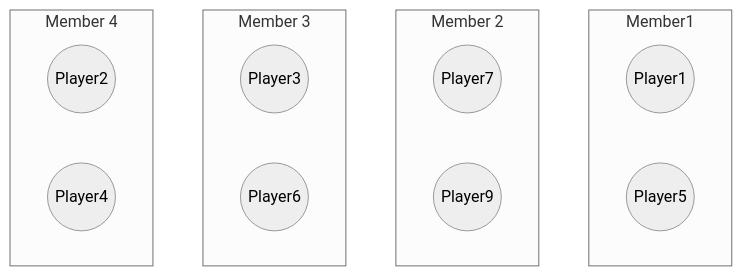
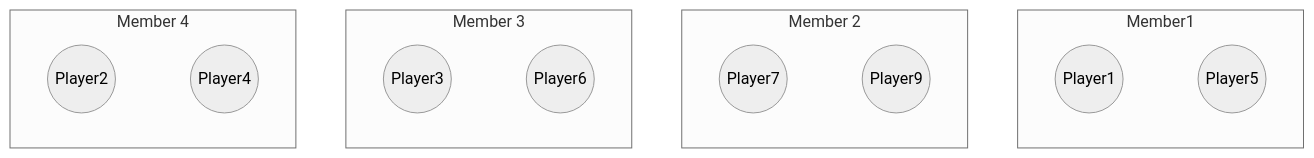
Before and after one commit to asynkron/protoactor-website: the first of 3 diagrams in hugo/content/docs/placement-strategies.md, drawn with Mermaid (neutral theme).

````diff
--- a/hugo/content/docs/placement-strategies.md
+++ b/hugo/content/docs/placement-strategies.md
@@ -13,29 +13,35 @@
 ```mermaid
 graph TB
 
     a1((Player1))
     a2((Player5))
     b1((Player7))
     b2((Player9))
     c1((Player3))
     c2((Player6))
     d1((Player2))
     d2((Player4))
 
     subgraph Member1
         a1
         a2
     end
     subgraph Member 2
         b1
         b2
     end
     subgraph Member 3
         c1
         c2
     end
     subgraph Member 4
         d1
         d2
     end
+
+    a1-->a2
+    b1-->b2
+    c1-->c2
+    d1-->d2
+    linkStyle default display:none;
 ```
````
